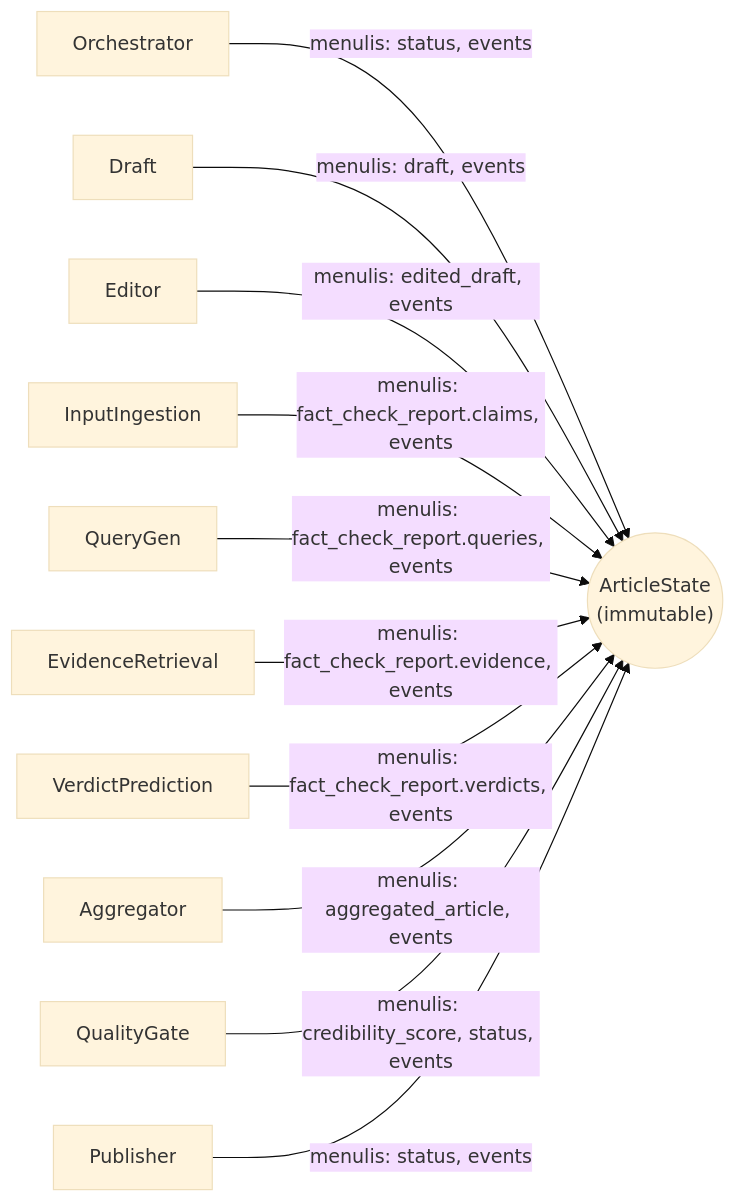
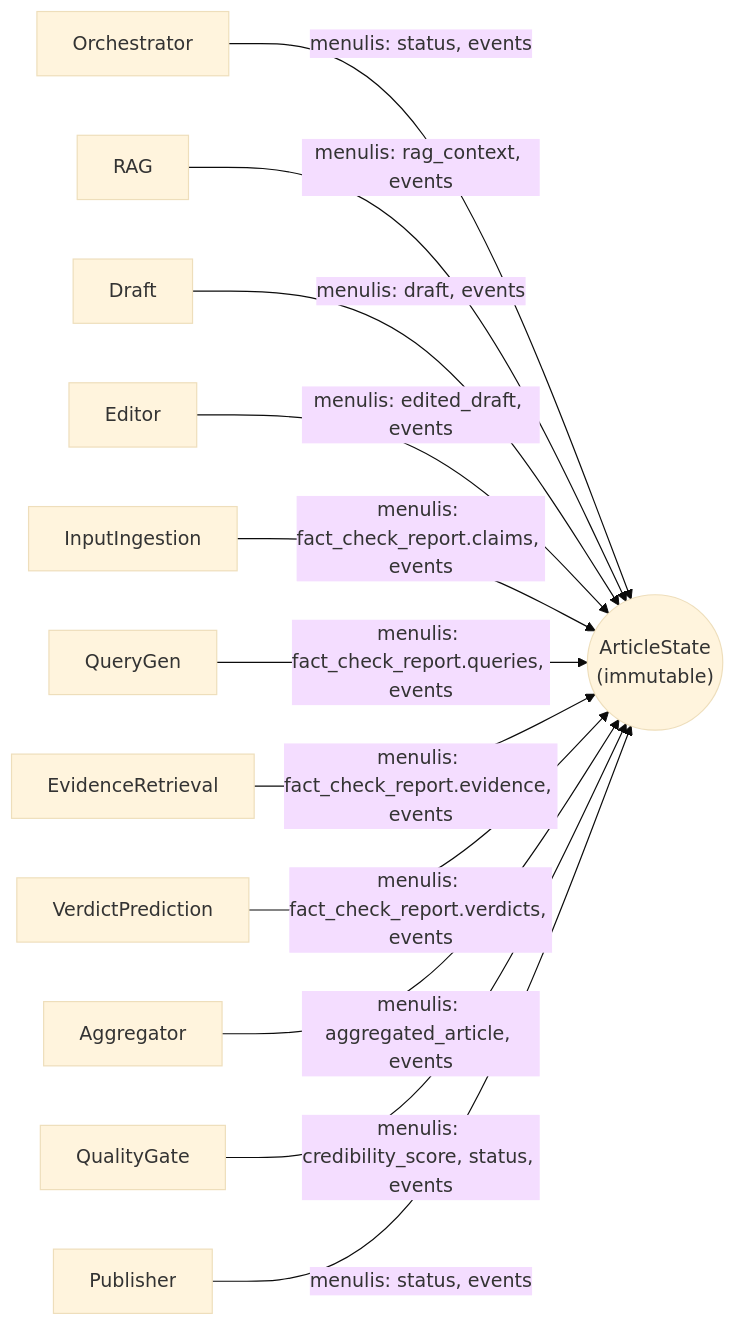
Before and after one commit to learn-debug/berita: the second of 4 diagrams in docs/ARCHITECTURE.md, drawn with Mermaid (base theme). The commit also changed other lines of this file and 8 other files, not shown here.

````diff
--- a/docs/ARCHITECTURE.md
+++ b/docs/ARCHITECTURE.md
@@ -195,15 +199,16 @@
 ```mermaid
 flowchart LR
     O[Orchestrator] --> |"menulis: status, events"| S
+    RA[RAG] --> |"menulis: rag_context, events"| S
     D[Draft] --> |"menulis: draft, events"| S
     E[Editor] --> |"menulis: edited_draft, events"| S
     IN[InputIngestion] --> |"menulis: fact_check_report.claims, events"| S
     QG[QueryGen] --> |"menulis: fact_check_report.queries, events"| S
     ER[EvidenceRetrieval] --> |"menulis: fact_check_report.evidence, events"| S
     VP[VerdictPrediction] --> |"menulis: fact_check_report.verdicts, events"| S
     AG[Aggregator] --> |"menulis: aggregated_article, events"| S
     QL[QualityGate] --> |"menulis: credibility_score, status, events"| S
     PB[Publisher] --> |"menulis: status, events"| S
 
     S(("ArticleState<br/>(immutable)"))
 ```
````
